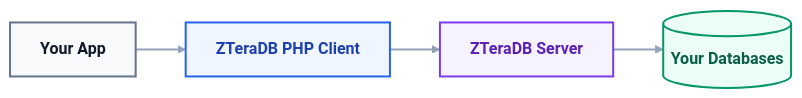
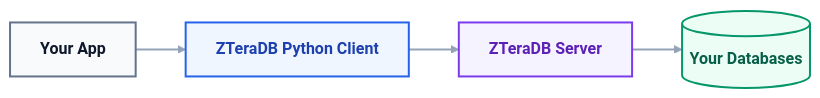
The diagram in docs/index.md (zteradb/zteradb-python), drawn with Mermaid before and after one commit. The commit also changed other lines of this file and 11 other files, not shown here.

````diff
--- a/docs/index.md
+++ b/docs/index.md
@@ -21,20 +21,20 @@
 ```mermaid
 graph LR
     %% Node Definitions
     App["Your App"]
-    Client["ZTeraDB PHP Client"]
+    Client["ZTeraDB Python Client"]
     Server["ZTeraDB Server"]
     DB[("Your Databases")]
 
     %% Pipeline Flow
     App --> Client --> Server --> DB
 
     %% Pro Developer Theme Styling (High Visibility)
     style App fill:#f8fafc,stroke:#64748b,stroke-width:2px,color:#0f172a,font-weight:bold
     style Client fill:#eff6ff,stroke:#2563eb,stroke-width:2px,color:#1e40af,font-weight:bold
     style Server fill:#f5f3ff,stroke:#7c3aed,stroke-width:2px,color:#5b21b6,font-weight:bold
     style DB fill:#ecfdf5,stroke:#059669,stroke-width:2px,color:#065f46,font-weight:bold
 
     %% Global Link Styling
     linkStyle default stroke:#94a3b8,stroke-width:2px;
 ```
````
